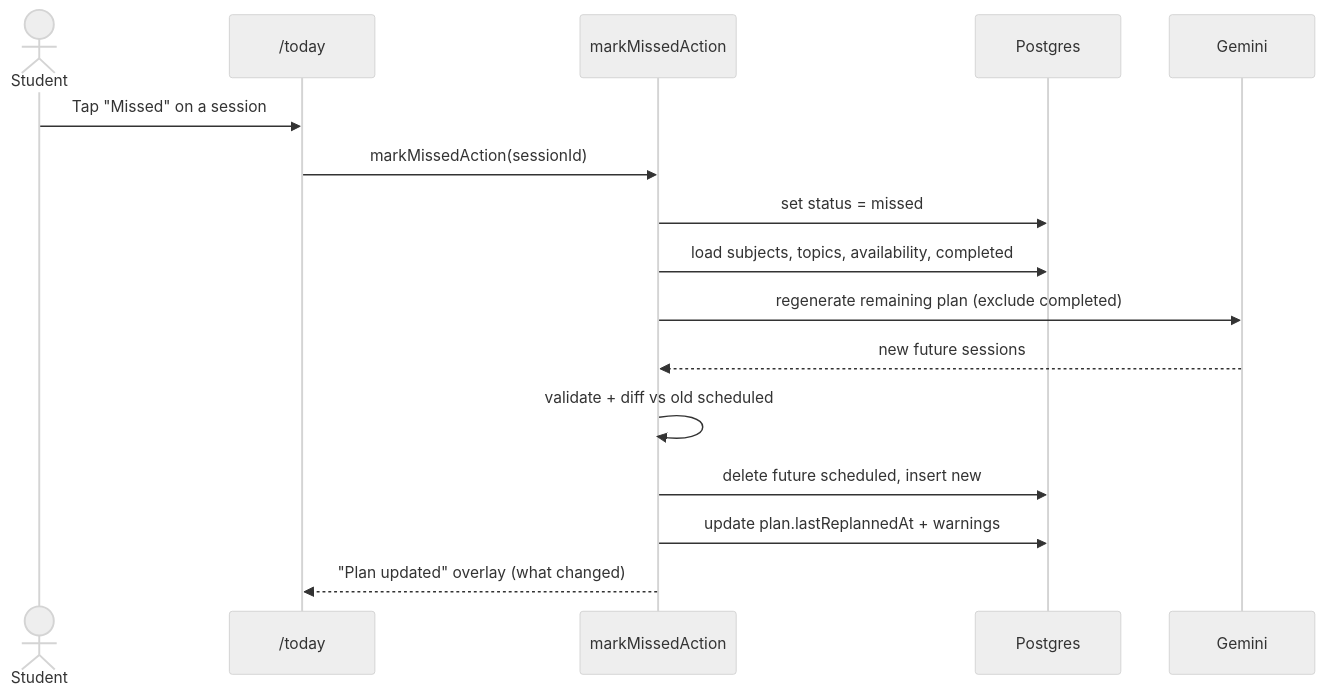
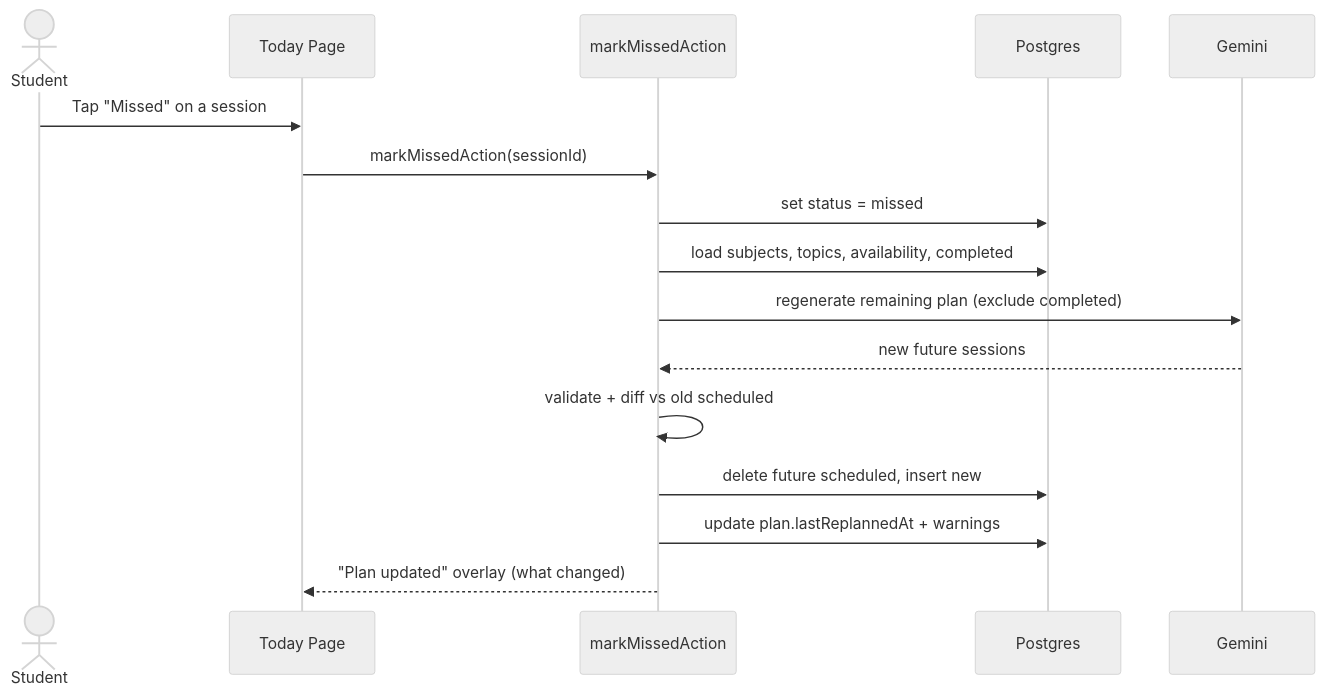
The fourth of 14 diagrams in market-research-hs.md (adam-sabri09/Pace), drawn with Mermaid (neutral theme) before and after one commit. The commit also changed other lines of this file, not shown here.

First line of the commit message:
docs(research): harden Part II mermaid for cross-renderer compatibility

````diff
--- a/market-research-hs.md
+++ b/market-research-hs.md
@@ -465,19 +465,19 @@
 ```mermaid
 sequenceDiagram
     actor Student
-    participant UI as /today
+    participant UI as Today Page
     participant SA as markMissedAction
     participant DB as Postgres
     participant LLM as Gemini
 
     Student->>UI: Tap "Missed" on a session
     UI->>SA: markMissedAction(sessionId)
     SA->>DB: set status = missed
     SA->>DB: load subjects, topics, availability, completed
     SA->>LLM: regenerate remaining plan (exclude completed)
     LLM-->>SA: new future sessions
     SA->>SA: validate + diff vs old scheduled
     SA->>DB: delete future scheduled, insert new
     SA->>DB: update plan.lastReplannedAt + warnings
     SA-->>UI: "Plan updated" overlay (what changed)
 ```
````
